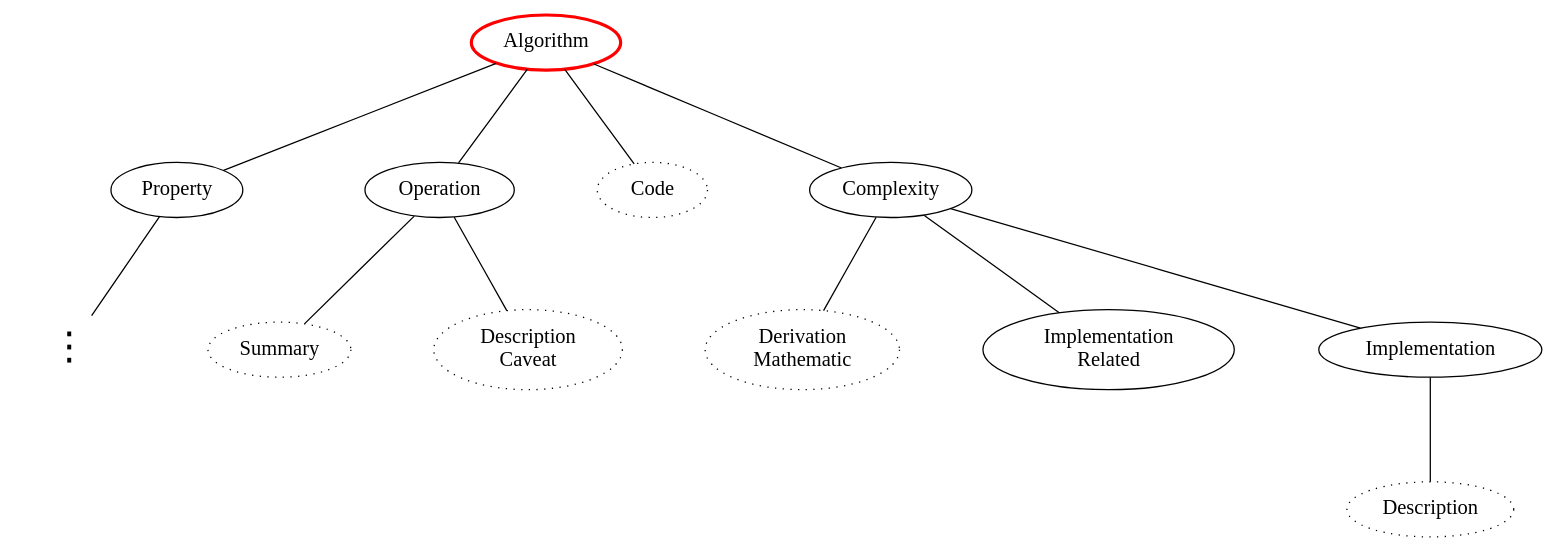
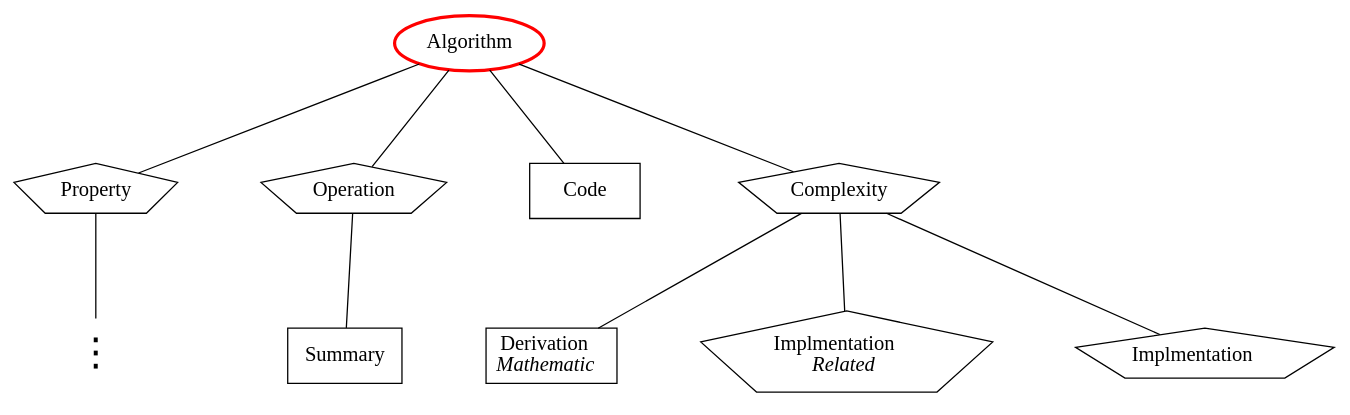
The diagram in paper/gtpaper/DJK_tree.dot (doyougnu/XOP_Encoding), drawn with Graphviz before and after one commit. The commit also changed 2 other files, not shown here.

```diff
--- a/paper/gtpaper/DJK_tree.dot
+++ b/paper/gtpaper/DJK_tree.dot
@@ -1,123 +1,128 @@
+// compile to pdf with: dot -Tpdf /path/to/dotfile -o /output/name.pdf
+
 digraph graph_name {
   graph [
     charset = "UTF-8";
     labelloc = "t",
     labeljust = "c",
     margin = 0.2,
     splines = spline,
     ordering = out,
     ranksep = 1.0,
     nodesep = 0.9
   ];
 
   node [
     fontsize = 16,
     fontcolor = 6,
     fontname = "Migu 1M",
     color = 7,
     fillcolor = 11,
     height = 0.6,
     width = 1.2
   ];
 
   edge [
     style = solid,
     fontsize = 14,
     labelfloat = true,
     labeldistance = 2.5,
     labelangle = 70,
     arrowhead = none,
   ];
 
   // node define
-  Algorithm [color = red, penwidth = 2.5];
+  Algorithm [color = red, penwidth = 2.5, style = bold];
   // History2 [label = "History"];
   // Def2 [label = "Definition", style = dotted];
 
   // leaf define
   // Description [style = dotted];
   // Def [label = "Definition", style = dotted];
   // Def3 [label = "Definition", style = dotted];
   // Math2 [label = "Mathematic", style = dotted];
   // Assu [label = "Abstraction", style = dotted];
   // Code [label = "Code", style = dotted];
   // Lgnd [label = "Legend", style = dotted];
   // Prop [label = "Proposal", style = dotted];
 
   // InVivo [style = dotted];
   // Definition [style = dotted];
   // Outline [label = "Outline:Meta", style = dotted];
   // C1 [label = "Comment:Caveat", style = dotted];
 
   // Nodes must be defined in order
   // Algorithm -> History;
   // Algorithm -> Class;
 
 
 
   // edges
-  Algorithm -> Property;
+  Prp [label = "Property", shape = pentagon];
+  Algorithm -> Prp;
 
   // Def2 [label = "Definition", style = dotted];
   // Math [label = "Mathematic", style = dotted];
   // Property -> Def2;
   // Property -> Math;
-  Property -> Dummy1;
+  Prp -> Dummy1;
   Dummy1 [label = "⋮" , color="white" , fontsize=30];
   // Algorithm -> Problem;
   // Dummy2 [label = "⋮" , color="white" , fontsize=30];
   // // Problem -> Def3;
   // Problem -> Dummy2;
   // Problem -> Math2;
 
-  Algorithm -> Operation;
-  Ctn [label = "Summary", style = dotted];
-  Operation -> Ctn;
-  Desc [label = "Description\nCaveat", style = dotted];
-  Operation -> Desc;
-  Code1 [label = "Code", style = dotted];
+  Op [label = "Operation", shape = pentagon];
+  Algorithm -> Op;
+  Sum [label = "Summary", shape = box];
+  Op -> Sum;
+  Code1 [label = "Code", shape = box];
   Algorithm -> Code1;
   // Operation -> Lgnd;
   // Cases [label = "Cases", style = dotted];
   // Prf [label = "Proof", style = dotted];
   // BCase [label = "Base Case", style = dotted];
   // Desc2 [label = "Description", style = dotted];
   // Math3 [label = "Mathematic", style = dotted];
   // Operation -> Prf;
   // Operation -> BCase;
   // Operation -> Desc2;
   // Operation -> Math3;
   // Prp [label = "Proposal", style = dotted];
   // Operation -> Prp;
   // Desc3 [label = "Description", style = dotted];
   // Operation -> Desc3;
   // Cases2 [label = "Cases", style = dotted];
   // Desc4 [label = "Description", style = dotted];
   // Math4 [label = "Mathematic", style = dotted];
   // Operation -> Cases2;
   // Operation -> Desc4;
   // Operation -> Math4;
   // Conc [label = "Conclusion", style = dotted];
   // Operation -> Conc;
   // Desc5 [label = "Description", style = dotted];
   // Operation -> Desc5;
   // Ctn2 [label = "Cartoon", style = dotted];
   // Operation -> Ctn2;
   // Prop [label = "Proposal", style = dotted];
   // Operation -> Prop;
   // Desc6 [label = "Description", style = dotted];
   // Prf2 [label = "Proof", style = dotted];
   // Operation -> Desc6;
   // Operation -> Prf2;
-  Algorithm -> Complexity;
-  Deri [label = "Derivation\nMathematic", style = dotted];
-  Complexity -> Deri;
+  Compl [label = "Complexity", shape = pentagon];
+  Algorithm -> Compl;
+  Deri [label =<Derivation<BR/><I>Mathematic</I>>, shape = box];
+  Compl -> Deri;
   // Desc7 [label = "Description", style = dotted];
   // Complexity -> Desc7;
   Impl1 [label = "Implementation\nRelated"];
-  Complexity -> Impl1;
+  Impl1 [label =<Implmentation<BR/><I>Related</I>>, shape = pentagon];
+  Compl -> Impl1;
   Impl [label = "Implementation"];
-  Complexity -> Impl;
-  Desc8 [label = "Description", style = dotted];
-  Impl -> Desc8;
+  Impl [label =<Implmentation>, shape = pentagon];
+  Compl -> Impl;
+  // Desc8 [label = "Description", shape = box];
+  // Impl -> Desc8;
 }
```
